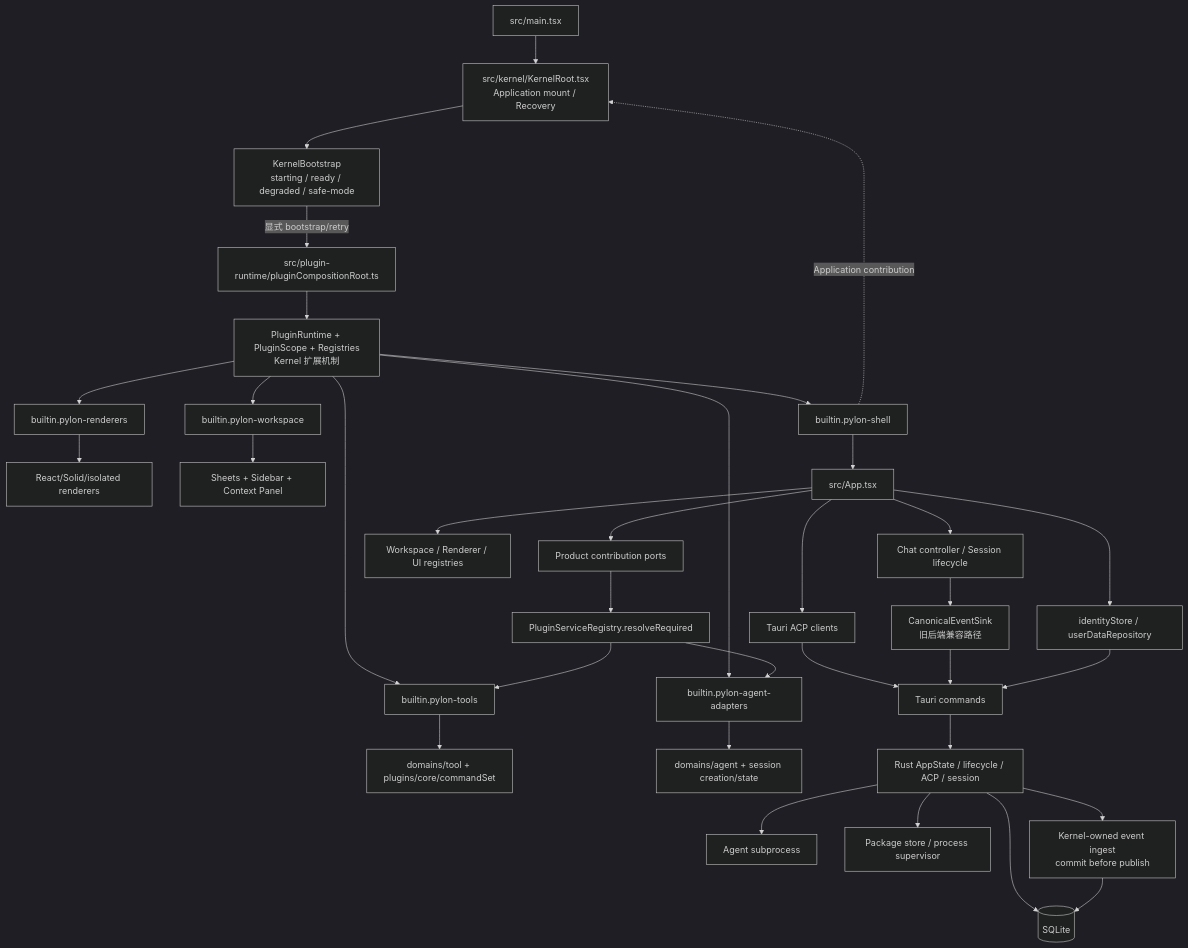
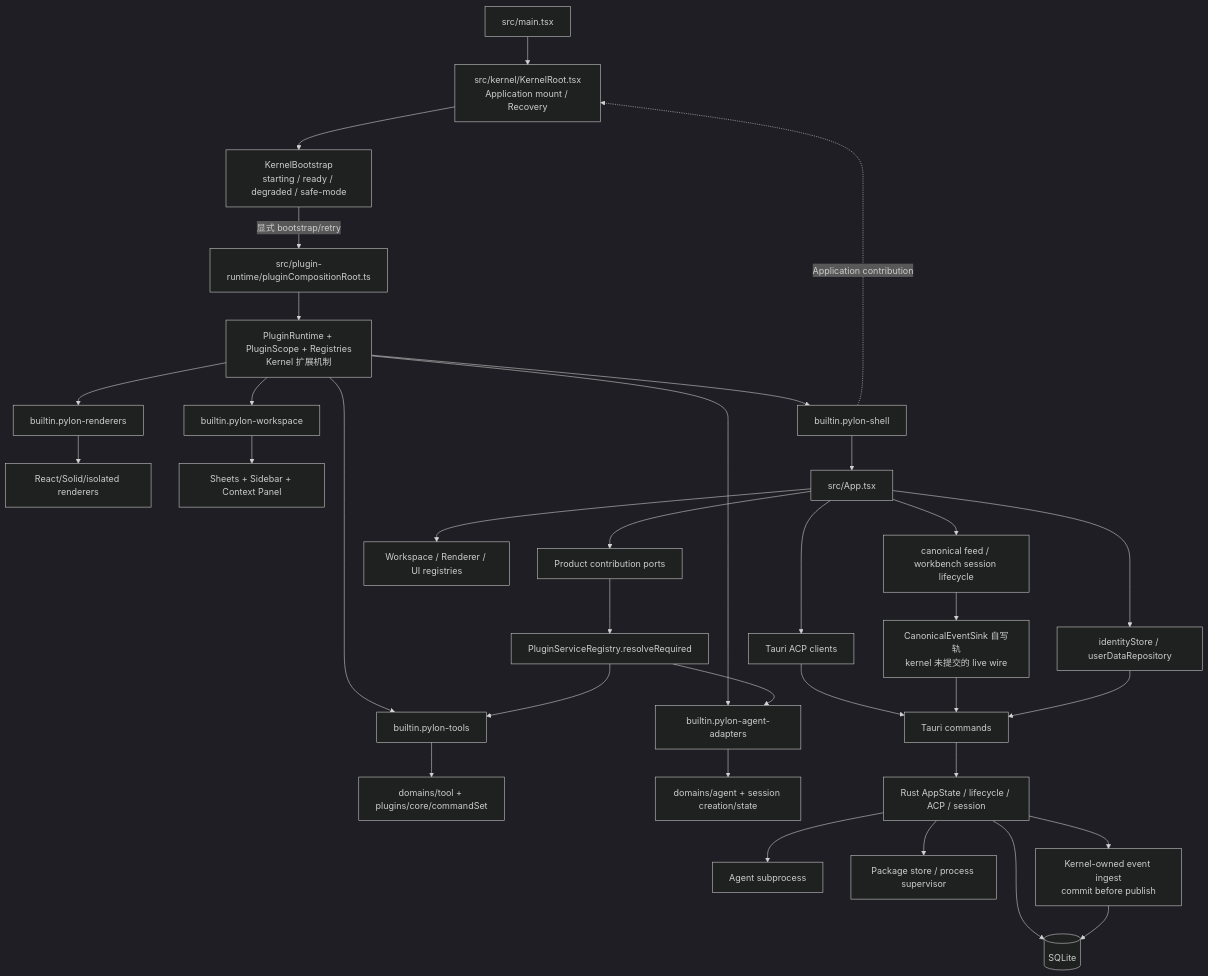
Before and after one commit to AlchemistCxC/Pylon-co-works: the first of 7 diagrams in docs/说明书/Pylon-项目架构参考.md, drawn with Mermaid (dark theme). The commit also changed other lines of this file and 5 other files, not shown here.

````diff
--- a/docs/说明书/Pylon-项目架构参考.md
+++ b/docs/说明书/Pylon-项目架构参考.md
@@ -41,42 +41,42 @@
 ```mermaid
 flowchart TB
   Entry["src/main.tsx"] --> KR["src/kernel/KernelRoot.tsx<br/>Application mount / Recovery"]
   KR --> KB["KernelBootstrap<br/>starting / ready / degraded / safe-mode"]
   KB -->|显式 bootstrap/retry| CR["src/plugin-runtime/pluginCompositionRoot.ts"]
   CR --> PR["PluginRuntime + PluginScope + Registries<br/>Kernel 扩展机制"]
 
   PR --> Tools["builtin.pylon-tools"]
   PR --> Agents["builtin.pylon-agent-adapters"]
   PR --> Renderers["builtin.pylon-renderers"]
   PR --> Workspace["builtin.pylon-workspace"]
   PR --> Shell["builtin.pylon-shell"]
 
   Tools --> ToolImpl["domains/tool + plugins/core/commandSet"]
   Agents --> AgentImpl["domains/agent + session creation/state"]
   Renderers --> RendererImpl["React/Solid/isolated renderers"]
   Workspace --> WorkspaceImpl["Sheets + Sidebar + Context Panel"]
   Shell --> App["src/App.tsx"]
 
   App --> Identity["identityStore / userDataRepository"]
-  App --> Chat["Chat controller / Session lifecycle"]
+  App --> Chat["canonical feed / workbench session lifecycle"]
   App --> AcpClients["Tauri ACP clients"]
   App --> PluginConsumers["Workspace / Renderer / UI registries"]
   App --> ProductPorts["Product contribution ports"]
   ProductPorts --> ServiceRegistry["PluginServiceRegistry.resolveRequired"]
   ServiceRegistry --> Tools
   ServiceRegistry --> Agents
 
   AcpClients --> IPC["Tauri commands"]
   IPC --> RustKernel["Rust AppState / lifecycle / ACP / session"]
   RustKernel --> AgentProc["Agent subprocess"]
   RustKernel --> SQLite[("SQLite")]
   RustKernel --> NativePlugins["Package store / process supervisor"]
 
   RustKernel --> KernelIngest["Kernel-owned event ingest<br/>commit before publish"]
   KernelIngest --> SQLite
-  Chat --> LegacySink["CanonicalEventSink<br/>旧后端兼容路径"]
+  Chat --> LegacySink["CanonicalEventSink 自写轨<br/>kernel 未提交的 live wire"]
   LegacySink --> IPC
   Identity --> IPC
 
   Shell -.Application contribution.-> KR
 ```
````
